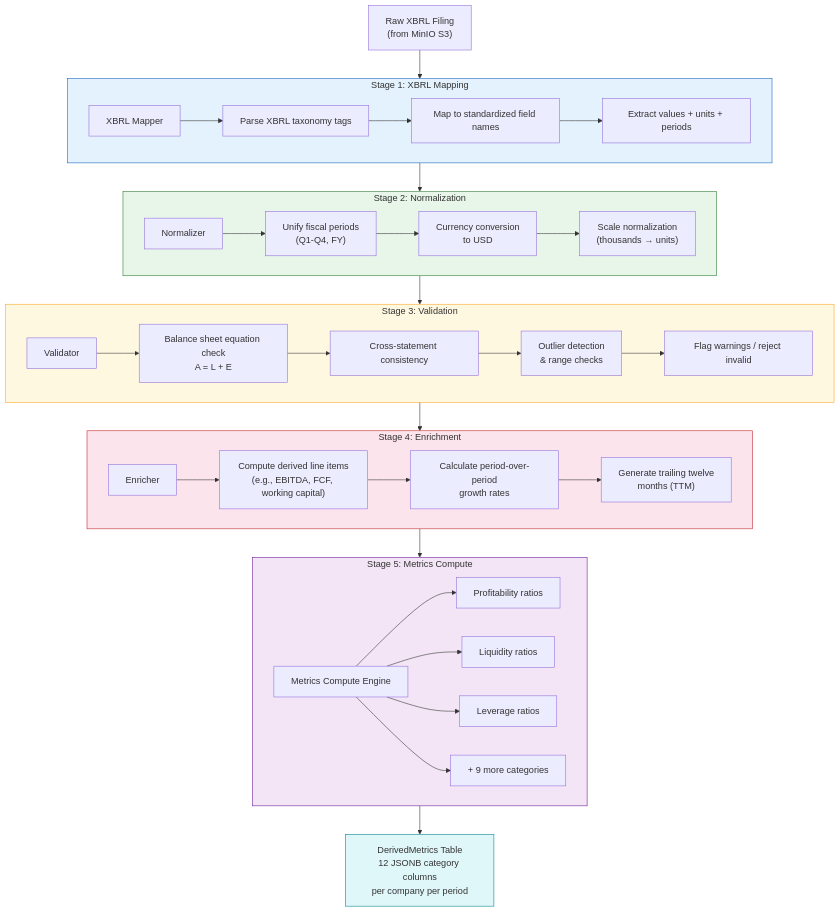
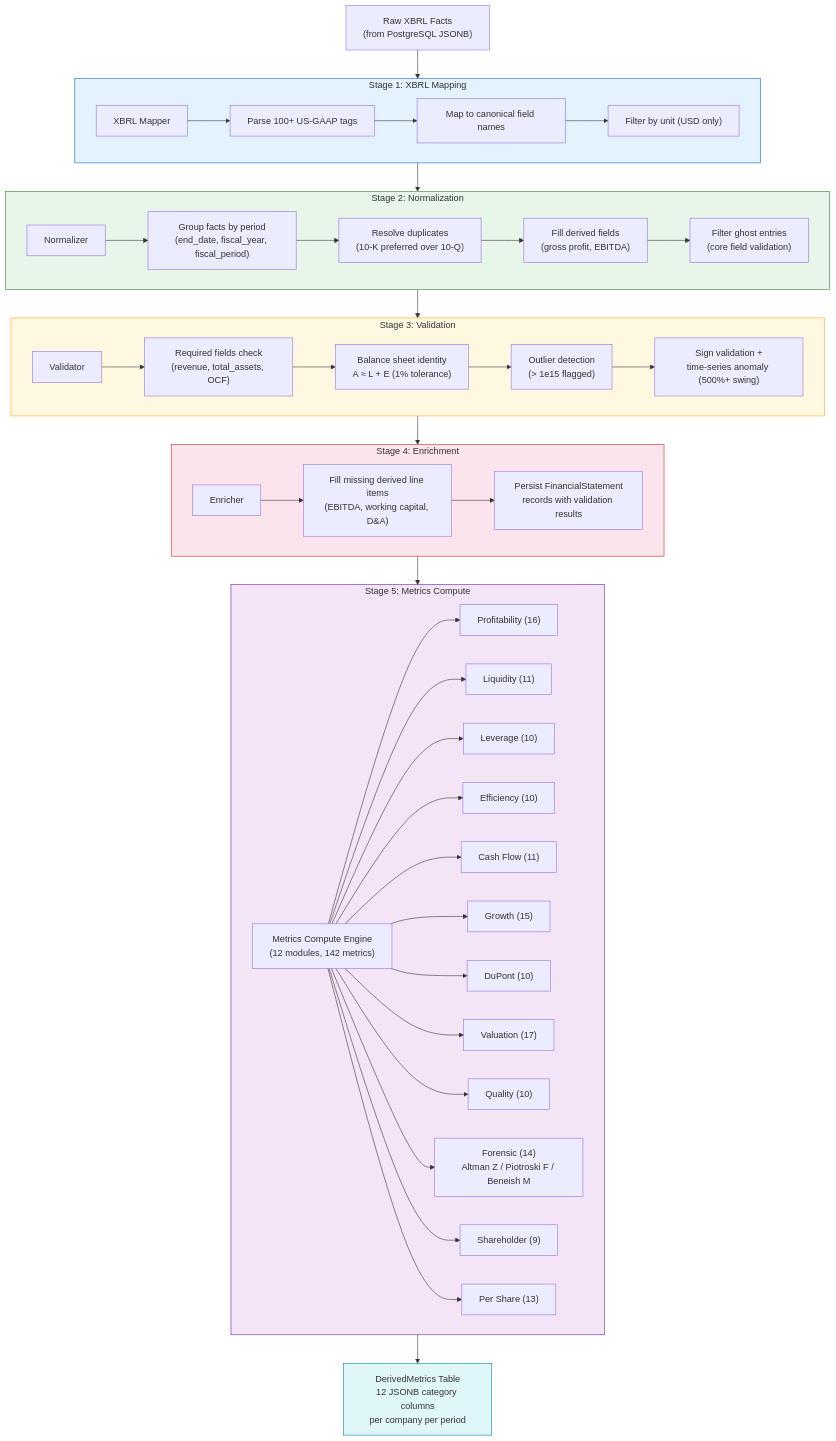
One commit to shantanumahale/excella changed the fourth of 10 diagrams in system-design/architecture.md. Above: the diagram before and after it, drawn with Mermaid. The commit also changed other lines of this file and 7 other files, not shown here.

````diff
--- a/system-design/architecture.md
+++ b/system-design/architecture.md
@@ -169,57 +167,66 @@
 ```mermaid
 flowchart TB
-    RAW["Raw XBRL Filing\n(from MinIO S3)"]
+    RAW["Raw XBRL Facts\n(from PostgreSQL JSONB)"]
 
     subgraph Stage1["Stage 1: XBRL Mapping"]
         XM["XBRL Mapper"]
-        XM1["Parse XBRL taxonomy tags"]
-        XM2["Map to standardized field names"]
-        XM3["Extract values + units + periods"]
+        XM1["Parse 100+ US-GAAP tags"]
+        XM2["Map to canonical field names"]
+        XM3["Filter by unit (USD only)"]
         XM --> XM1 --> XM2 --> XM3
     end
 
     subgraph Stage2["Stage 2: Normalization"]
         NM["Normalizer"]
-        NM1["Unify fiscal periods\n(Q1-Q4, FY)"]
-        NM2["Currency conversion\nto USD"]
-        NM3["Scale normalization\n(thousands → units)"]
-        NM --> NM1 --> NM2 --> NM3
+        NM1["Group facts by period\n(end_date, fiscal_year, fiscal_period)"]
+        NM2["Resolve duplicates\n(10-K preferred over 10-Q)"]
+        NM3["Fill derived fields\n(gross profit, EBITDA)"]
+        NM4["Filter ghost entries\n(core field validation)"]
+        NM --> NM1 --> NM2 --> NM3 --> NM4
     end
 
     subgraph Stage3["Stage 3: Validation"]
         VL["Validator"]
-        VL1["Balance sheet equation check\nA = L + E"]
-        VL2["Cross-statement consistency"]
-        VL3["Outlier detection\n& range checks"]
-        VL4["Flag warnings / reject invalid"]
+        VL1["Required fields check\n(revenue, total_assets, OCF)"]
+        VL2["Balance sheet identity\nA ≈ L + E (1% tolerance)"]
+        VL3["Outlier detection\n(> 1e15 flagged)"]
+        VL4["Sign validation +\ntime-series anomaly (500%+ swing)"]
         VL --> VL1 --> VL2 --> VL3 --> VL4
     end
 
     subgraph Stage4["Stage 4: Enrichment"]
         EN["Enricher"]
-        EN1["Compute derived line items\n(e.g., EBITDA, FCF, working capital)"]
-        EN2["Calculate period-over-period\ngrowth rates"]
-        EN3["Generate trailing twelve\nmonths (TTM)"]
-        EN --> EN1 --> EN2 --> EN3
+        EN1["Fill missing derived line items\n(EBITDA, working capital, D&A)"]
+        EN2["Persist FinancialStatement\nrecords with validation results"]
+        EN --> EN1 --> EN2
     end
 
     subgraph Stage5["Stage 5: Metrics Compute"]
-        MC["Metrics Compute Engine"]
-        MC1["Profitability ratios"]
-        MC2["Liquidity ratios"]
-        MC3["Leverage ratios"]
-        MC4["+ 9 more categories"]
-        MC --> MC1 & MC2 & MC3 & MC4
+        MC["Metrics Compute Engine\n(12 modules, 142 metrics)"]
+        MC1["Profitability (16)"]
+        MC2["Liquidity (11)"]
+        MC3["Leverage (10)"]
+        MC4["Efficiency (10)"]
+        MC5["Cash Flow (11)"]
+        MC6["Growth (15)"]
+        MC7["DuPont (10)"]
+        MC8["Valuation (17)"]
+        MC9["Quality (10)"]
+        MC10["Forensic (14)\nAltman Z / Piotroski F / Beneish M"]
+        MC11["Shareholder (9)"]
+        MC12["Per Share (13)"]
+        MC --> MC1 & MC2 & MC3 & MC4 & MC5 & MC6
+        MC --> MC7 & MC8 & MC9 & MC10 & MC11 & MC12
     end
 
     OUTPUT["DerivedMetrics Table\n12 JSONB category columns\nper company per period"]
 
     RAW --> Stage1 --> Stage2 --> Stage3 --> Stage4 --> Stage5 --> OUTPUT
 
     style Stage1 fill:#e3f2fd,stroke:#1565C0
     style Stage2 fill:#e8f5e9,stroke:#2E7D32
     style Stage3 fill:#fff8e1,stroke:#F9A825
     style Stage4 fill:#fce4ec,stroke:#C62828
     style Stage5 fill:#f3e5f5,stroke:#6A1B9A
     style OUTPUT fill:#e0f7fa,stroke:#00838F
 ```
````
